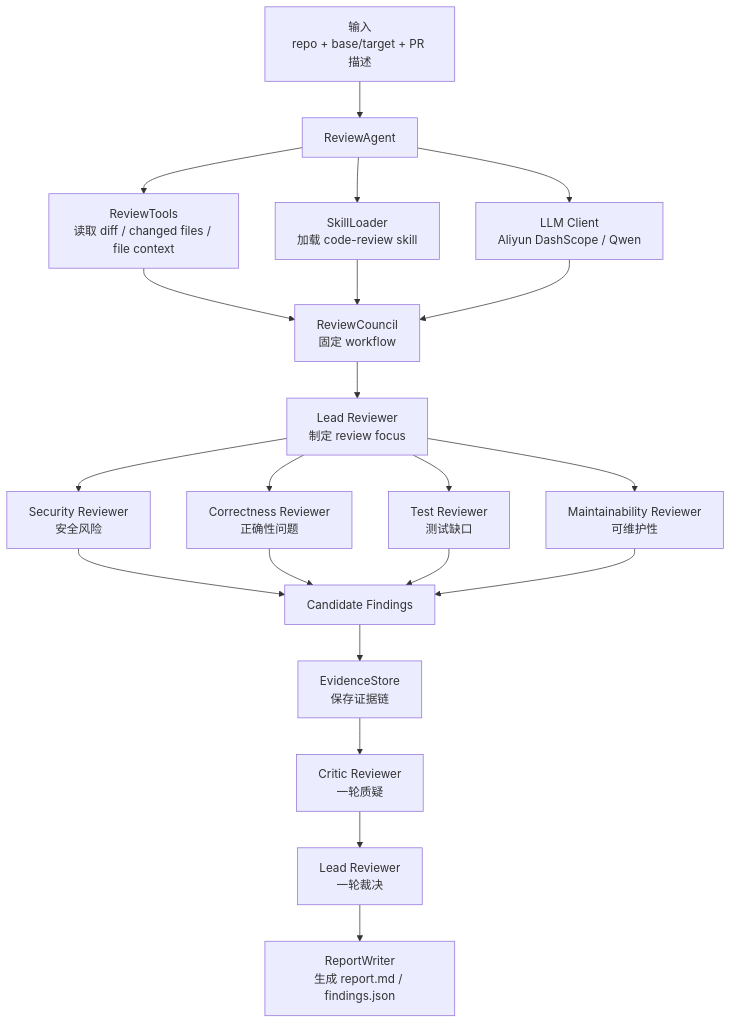
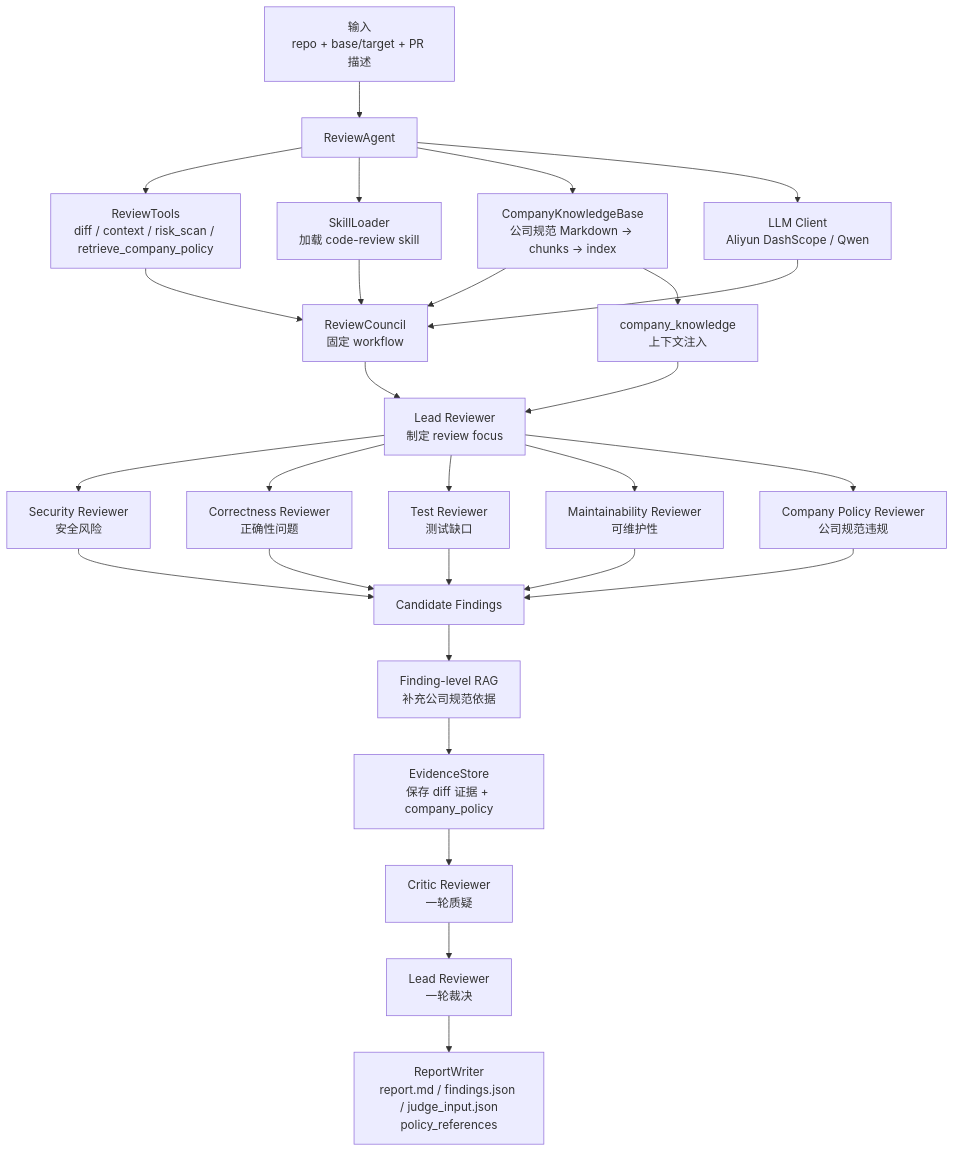
Before and after one commit to csy-csy123/pr-review-agent-council: the first of 3 diagrams in docs/中文教程-Agent简历面试.md, drawn with Mermaid. The commit also changed other lines of this file and 13 other files, not shown here.

Commit message:
Add company knowledge RAG reviewer

````diff
--- a/docs/中文教程-Agent简历面试.md
+++ b/docs/中文教程-Agent简历面试.md
@@ -44,27 +44,34 @@
 ```mermaid
 flowchart TD
     A["输入<br/>repo + base/target + PR 描述"] --> B["ReviewAgent"]
-    B --> C["ReviewTools<br/>读取 diff / changed files / file context"]
+    B --> C["ReviewTools<br/>diff / context / risk_scan / retrieve_company_policy"]
     B --> D["SkillLoader<br/>加载 code-review skill"]
+    B --> D2["CompanyKnowledgeBase<br/>公司规范 Markdown -> chunks -> index"]
     B --> E["LLM Client<br/>Aliyun DashScope / Qwen"]
 
     C --> F["ReviewCouncil<br/>固定 workflow"]
     D --> F
+    D2 --> F
     E --> F
 
-    F --> G["Lead Reviewer<br/>制定 review focus"]
+    D2 --> G2["company_knowledge<br/>上下文注入"]
+    G2 --> G["Lead Reviewer<br/>制定 review focus"]
+    F --> G
     G --> H["Security Reviewer<br/>安全风险"]
     G --> I["Correctness Reviewer<br/>正确性问题"]
     G --> J["Test Reviewer<br/>测试缺口"]
     G --> K["Maintainability Reviewer<br/>可维护性"]
+    G --> K2["Company Policy Reviewer<br/>公司规范违规"]
 
     H --> L["Candidate Findings"]
     I --> L
     J --> L
     K --> L
+    K2 --> L
 
-    L --> M["EvidenceStore<br/>保存证据链"]
+    L --> L2["Finding-level RAG<br/>补充公司规范依据"]
+    L2 --> M["EvidenceStore<br/>保存 diff 证据 + company_policy"]
     M --> N["Critic Reviewer<br/>一轮质疑"]
     N --> O["Lead Reviewer<br/>一轮裁决"]
-    O --> P["ReportWriter<br/>生成 report.md / findings.json"]
+    O --> P["ReportWriter<br/>report.md / findings.json / judge_input.json<br/>policy_references"]
 ```
````
